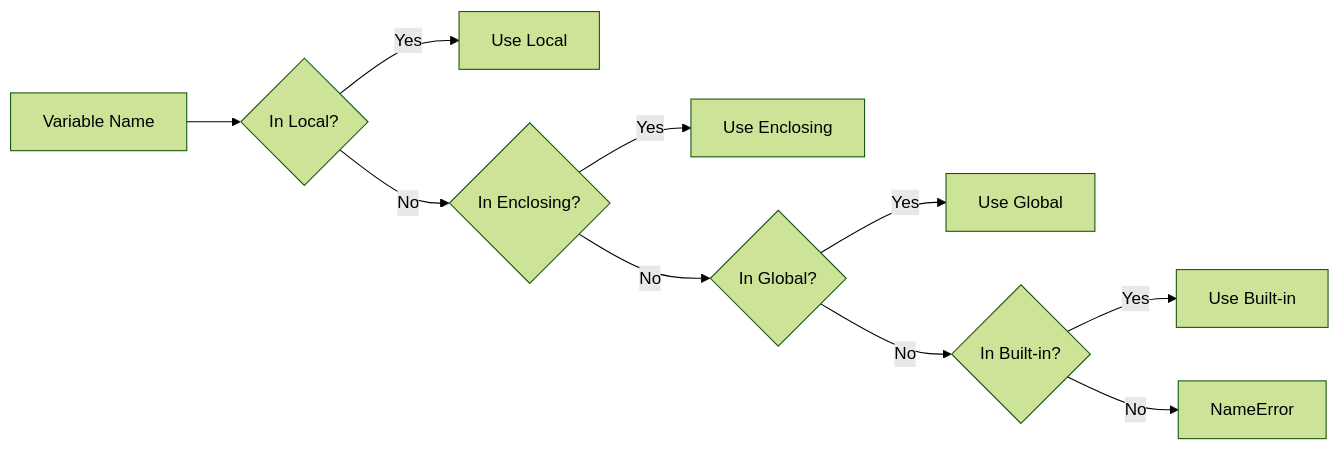
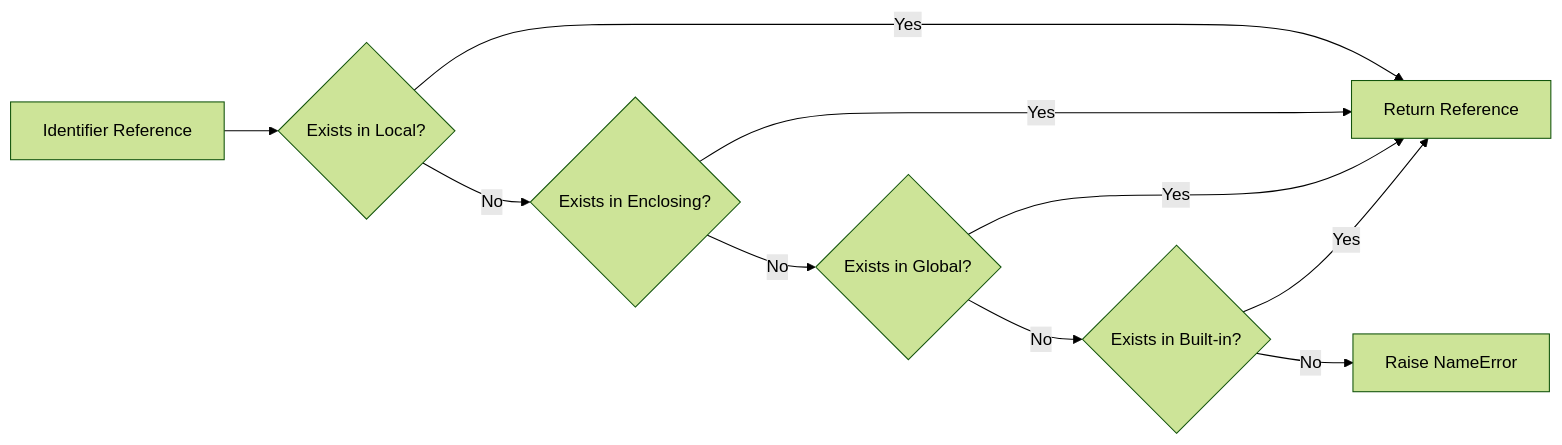
Before and after one commit to Amey-Thakur/PYTHON-SHORTS: the second of 2 diagrams in Source Code/Variable Scope/README.md, drawn with Mermaid (forest theme). The commit also changed other lines of this file, not shown here.

````diff
--- a/Source Code/Variable Scope/README.md
+++ b/Source Code/Variable Scope/README.md
@@ -64,12 +70,13 @@
 ```mermaid
 flowchart LR
-    A[Variable Name] --> B{In Local?}
-    B -->|Yes| C[Use Local]
-    B -->|No| D{In Enclosing?}
-    D -->|Yes| E[Use Enclosing]
-    D -->|No| F{In Global?}
-    F -->|Yes| G[Use Global]
-    F -->|No| H{In Built-in?}
-    H -->|Yes| I[Use Built-in]
-    H -->|No| J[NameError]
+    A["Identifier Reference"] --> B{"Exists in Local?"}
+    B -- "No" --> C{"Exists in Enclosing?"}
+    C -- "No" --> D{"Exists in Global?"}
+    D -- "No" --> E{"Exists in Built-in?"}
+    
+    B -- "Yes" --> F["Return Reference"]
+    C -- "Yes" --> F
+    D -- "Yes" --> F
+    E -- "Yes" --> F
+    E -- "No" --> G["Raise NameError"]
 ```
````
